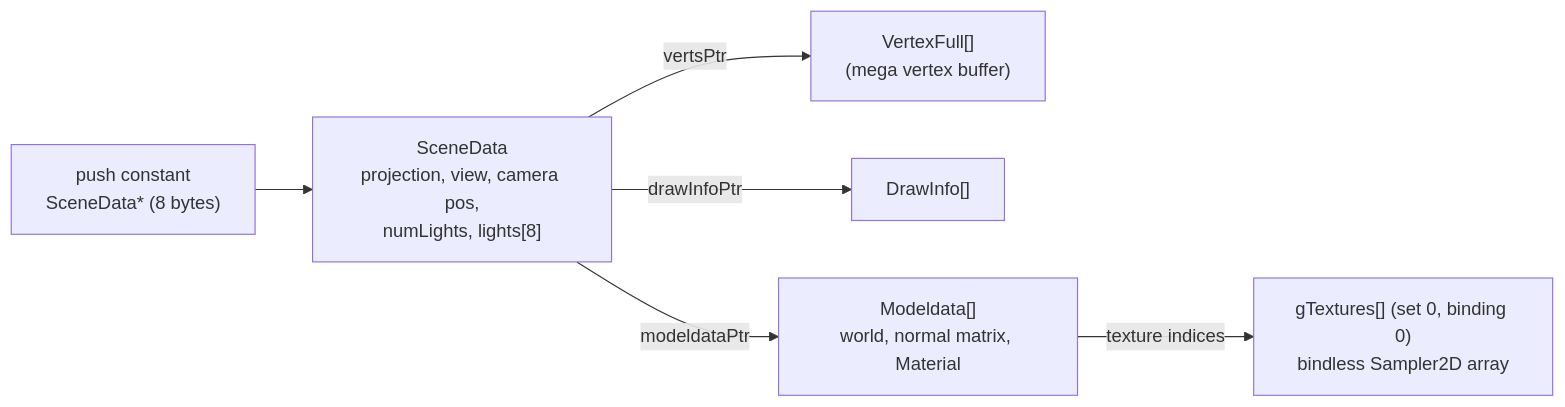
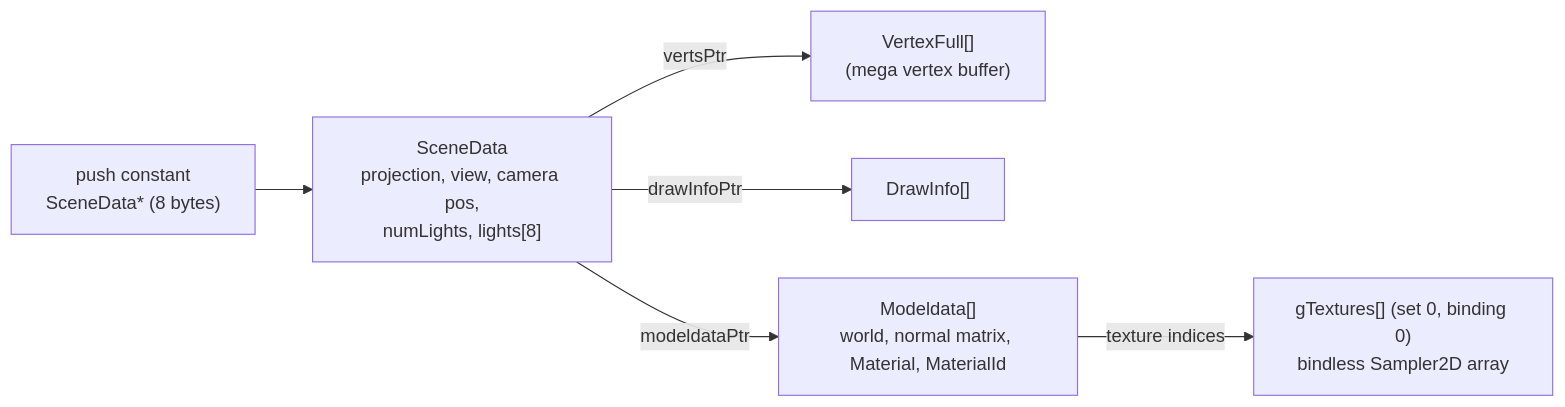
One commit to adel-elmala/rasm changed the third of 3 diagrams in docs/architecture.md. Above: the diagram before and after it, drawn with Mermaid. The commit also changed other lines of this file and 22 other files, not shown here.

````diff
--- a/docs/architecture.md
+++ b/docs/architecture.md
@@ -131,8 +135,8 @@
 ```mermaid
 flowchart LR
     PC["push constant<br/>SceneData* (8 bytes)"] --> SD["SceneData<br/>projection, view, camera pos,<br/>numLights, lights[8]"]
     SD -- vertsPtr --> V["VertexFull[]<br/>(mega vertex buffer)"]
     SD -- drawInfoPtr --> DI["DrawInfo[]"]
-    SD -- modeldataPtr --> MD["Modeldata[]<br/>world, normal matrix, Material"]
+    SD -- modeldataPtr --> MD["Modeldata[]<br/>world, normal matrix, Material, MaterialId"]
     MD -- texture indices --> T["gTextures[] (set 0, binding 0)<br/>bindless Sampler2D array"]
 ```
````
